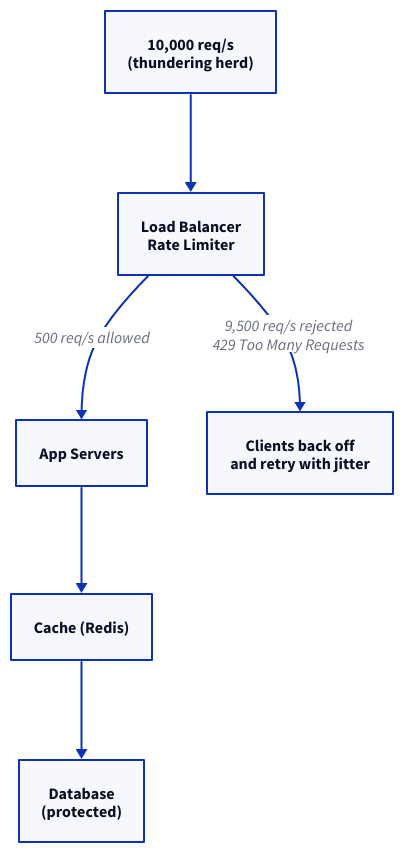
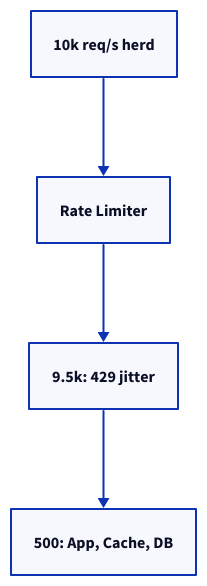
The sixth of 8 diagrams in src/content/blog/thundering-herd.md (g-savitha/gsavitha.in), drawn with D2 before and after one commit. The commit also changed other lines of this file and 11 other files, not shown here.

````diff
--- a/src/content/blog/thundering-herd.md
+++ b/src/content/blog/thundering-herd.md
@@ -350,13 +308,8 @@
 ```d2
 direction: down
-Users: "10,000 req/s\n(thundering herd)"
-LB: "Load Balancer\nRate Limiter" {class: cobalt}
-App: "App Servers"
-Drop: "Clients back off\nand retry with jitter" {class: maroon}
-Cache: "Cache (Redis)"
-DB: "Database\n(protected)" {class: forest}
-Users -> LB
-LB -> App: "500 req/s allowed"
-LB -> Drop: "9,500 req/s rejected\n429 Too Many Requests"
-App -> Cache -> DB
+Users: "10k req/s herd" {class: primary}
+LB: "Rate Limiter" {class: cobalt}
+Drop: "9.5k: 429 jitter" {class: maroon}
+Ok: "500: App, Cache, DB" {class: forest}
+Users -> LB -> Drop -> Ok
 ```
````
